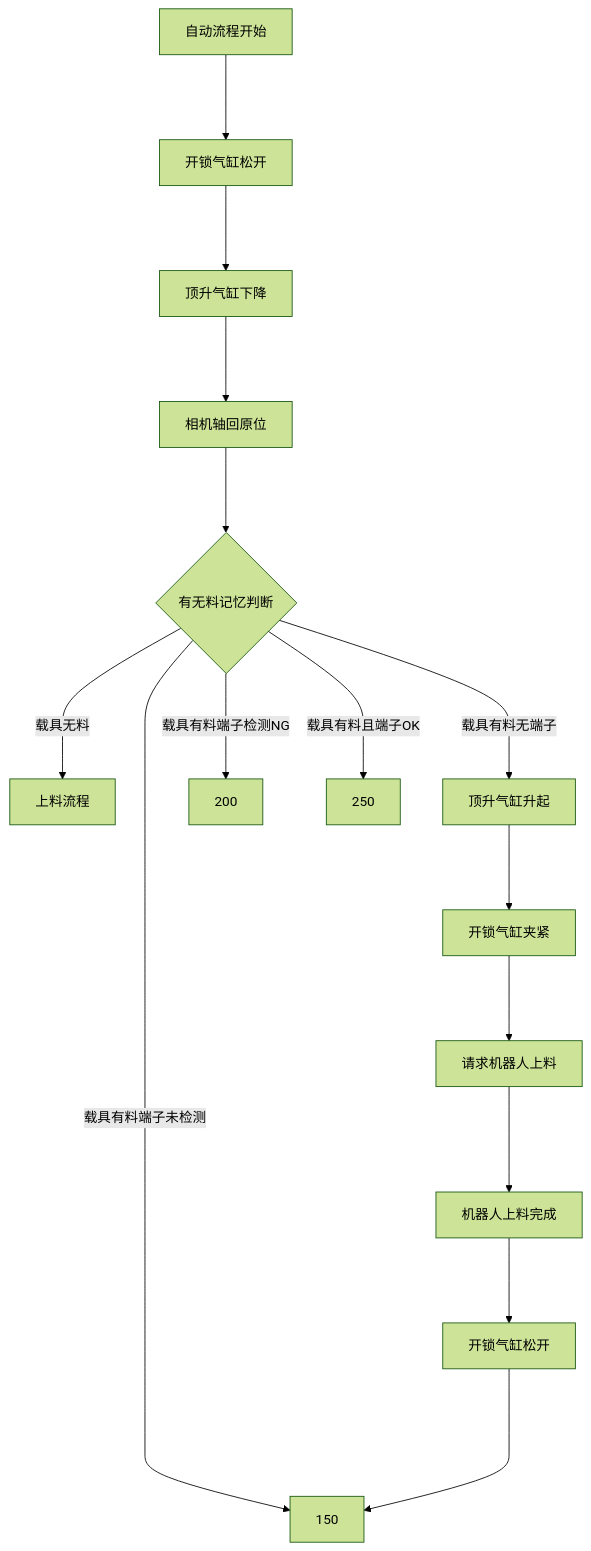
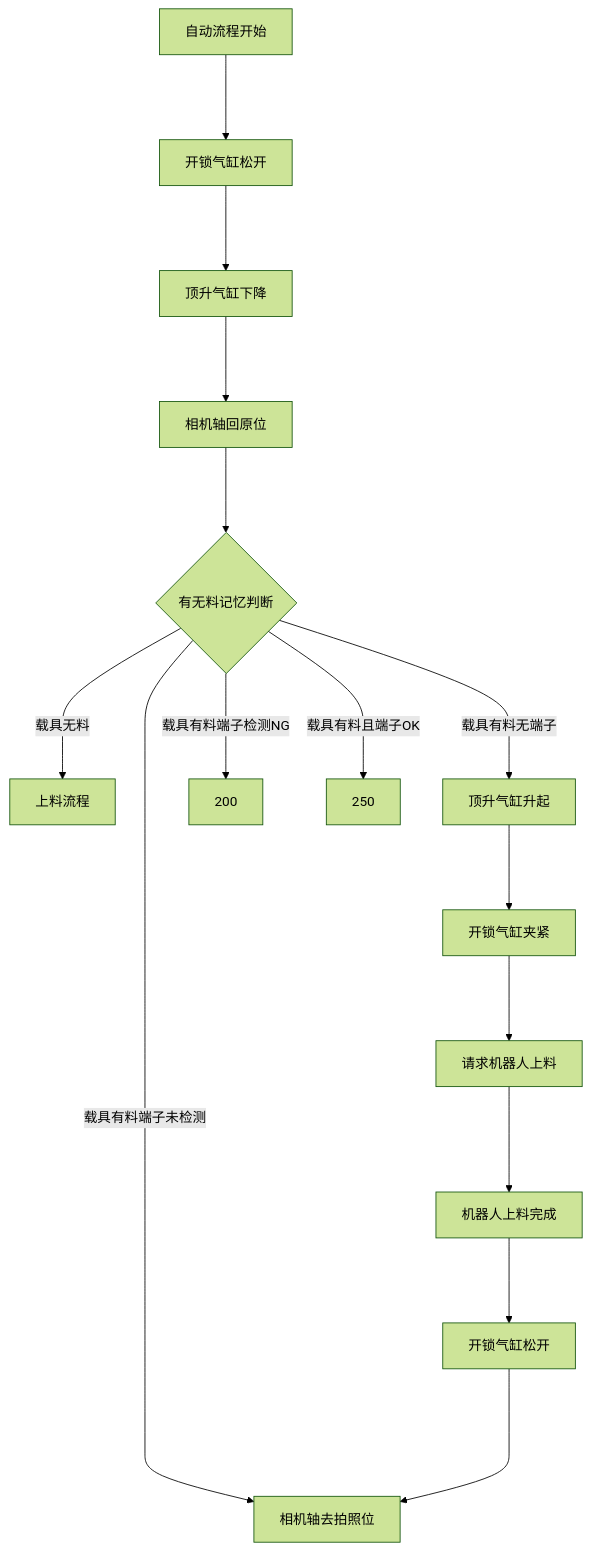
One commit to zmq000/iodraw-files changed the diagram in all/OP70工位4左端子上料.md. Above: the diagram before and after it, drawn with Mermaid (forest theme).

Commit message:
2026-06-17 17:28:43 update

````diff
--- a/all/OP70工位4左端子上料.md
+++ b/all/OP70工位4左端子上料.md
@@ -1,18 +1,19 @@
 ```mermaid
 graph TD
 自动流程开始--->10
 10[开锁气缸松开]--->20
 20[顶升气缸下降]--->30
 30[相机轴回原位]--->40
 40{有无料记忆判断}--->|载具无料|50
 40--->|载具有料无端子|100
 40--->|载具有料端子未检测|150
 40--->|载具有料端子检测NG|200
 40--->|载具有料且端子OK|250
 50[上料流程]
 100[顶升气缸升起]--->110
 110[开锁气缸夹紧]--->120
 120[请求机器人上料]--->130
 130[机器人上料完成]--->140
 140[开锁气缸松开]---->150
+150[相机轴去拍照位]
 ```
````
